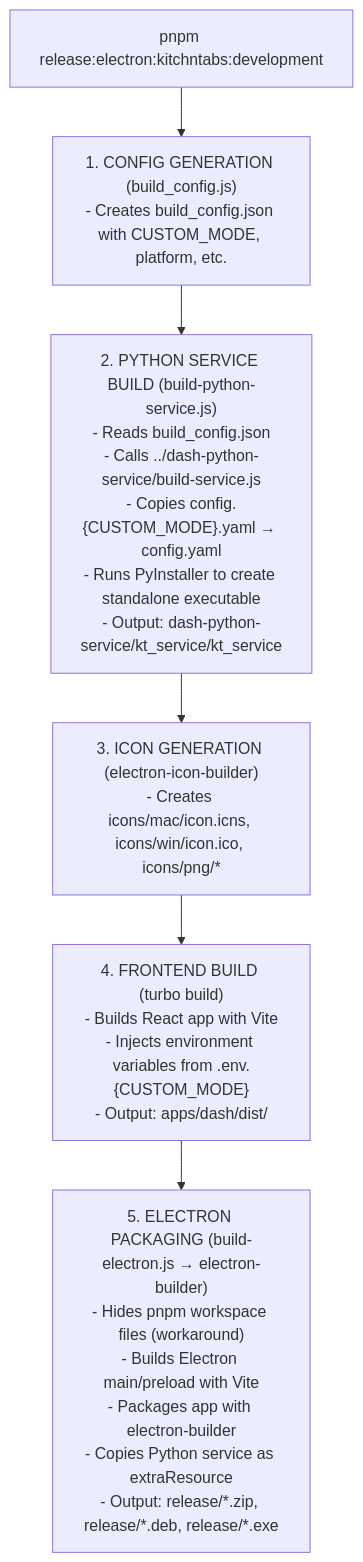
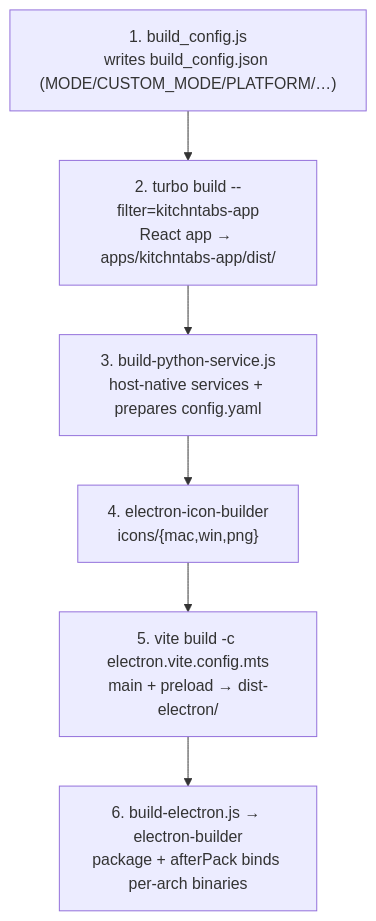
One commit to kitchntabs/kitchntabs.github.io changed the second of 2 diagrams in docs/N4-Build-Toolchain/N4-Build-Toolchain_ELECTRON_PYTHON_SERVICE_BUILD_SYSTEM.md. Above: the diagram before and after it, drawn with Mermaid. The commit also changed other lines of this file, not shown here.

First line of the commit message:
Rewrite Electron + Python service build/bind documentation

````diff
--- a/docs/N4-Build-Toolchain/N4-Build-Toolchain_ELECTRON_PYTHON_SERVICE_BUILD_SYSTEM.md
+++ b/docs/N4-Build-Toolchain/N4-Build-Toolchain_ELECTRON_PYTHON_SERVICE_BUILD_SYSTEM.md
@@ -64,8 +91,10 @@
 ```mermaid
 flowchart TD
-    Start["pnpm release:electron:kitchntabs:development"] --> S1["1. CONFIG GENERATION (build_config.js)<br/>- Creates build_config.json with CUSTOM_MODE, platform, etc."]
-    S1 --> S2["2. PYTHON SERVICE BUILD (build-python-service.js)<br/>- Reads build_config.json<br/>- Calls ../dash-python-service/build-service.js<br/>- Copies config.{CUSTOM_MODE}.yaml → config.yaml<br/>- Runs PyInstaller to create standalone executable<br/>- Output: dash-python-service/kt_service/kt_service"]
-    S2 --> S3["3. ICON GENERATION (electron-icon-builder)<br/>- Creates icons/mac/icon.icns, icons/win/icon.ico, icons/png/*"]
-    S3 --> S4["4. FRONTEND BUILD (turbo build)<br/>- Builds React app with Vite<br/>- Injects environment variables from .env.{CUSTOM_MODE}<br/>- Output: apps/dash/dist/"]
-    S4 --> S5["5. ELECTRON PACKAGING (build-electron.js → electron-builder)<br/>- Hides pnpm workspace files (workaround)<br/>- Builds Electron main/preload with Vite<br/>- Packages app with electron-builder<br/>- Copies Python service as extraResource<br/>- Output: release/*.zip, release/*.deb, release/*.exe"]
+    A["1. build_config.js<br/>writes build_config.json (MODE/CUSTOM_MODE/PLATFORM/…)"]
+    B["2. turbo build --filter=kitchntabs-app<br/>React app → apps/kitchntabs-app/dist/"]
+    C["3. build-python-service.js<br/>host-native services + prepares config.yaml"]
+    D["4. electron-icon-builder<br/>icons/{mac,win,png}"]
+    E["5. vite build -c electron.vite.config.mts<br/>main + preload → dist-electron/"]
+    F["6. build-electron.js → electron-builder<br/>package + afterPack binds per-arch binaries"]
+    A --> B --> C --> D --> E --> F
 ```
````
